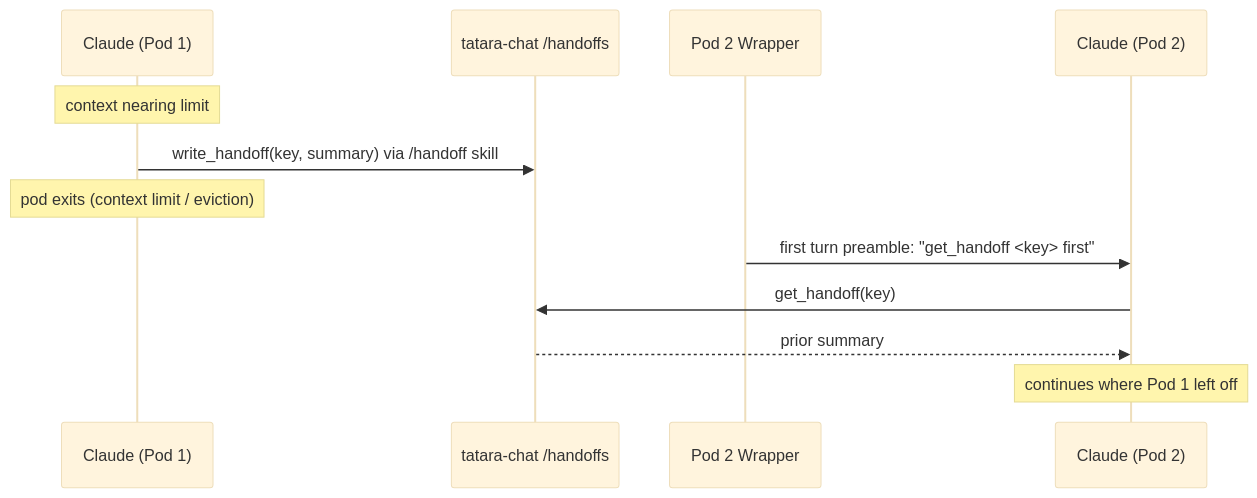
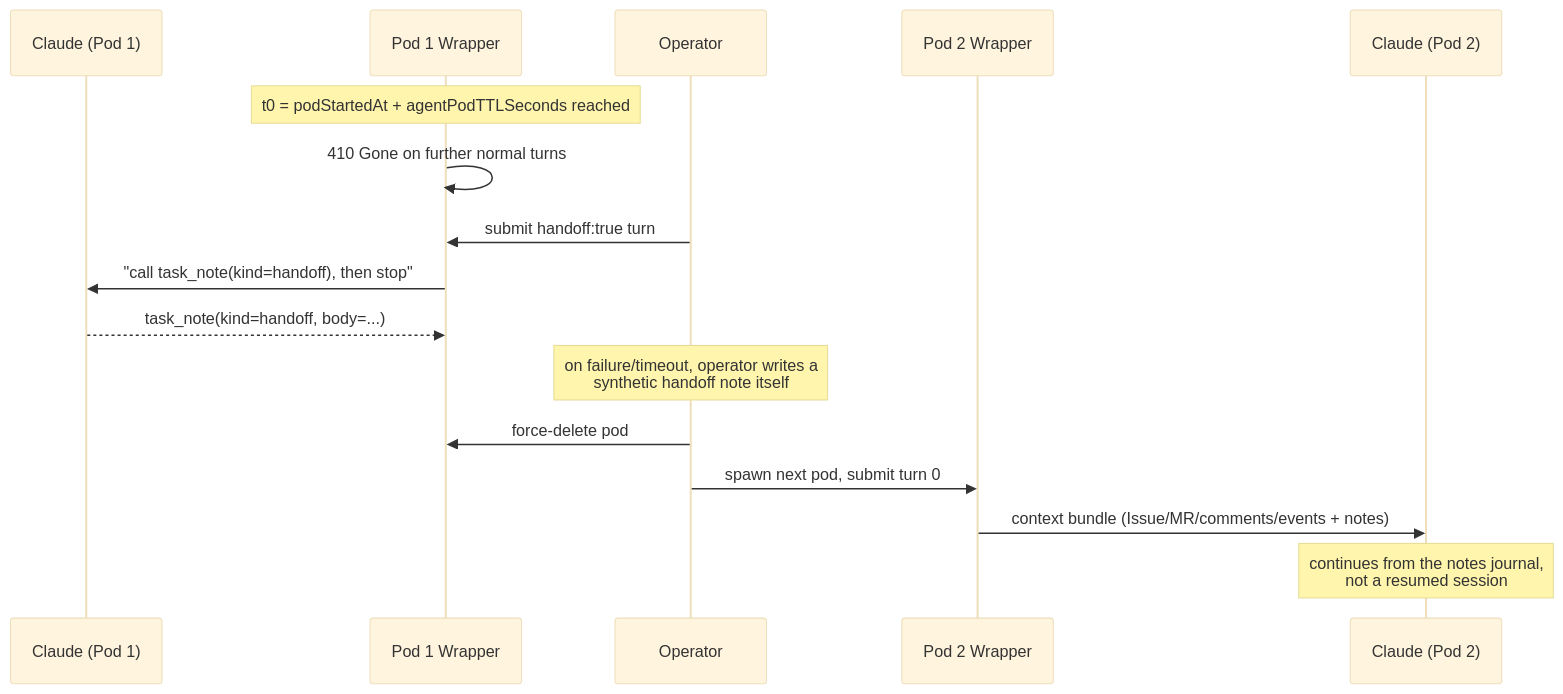
Before and after one commit to szymonrychu/tatara-documentation: the second of 3 diagrams in docs/explainers/agent-sessions.md, drawn with Mermaid (base theme). The commit also changed other lines of this file and 63 other files, not shown here.

First line of the commit message:
feat!: document the task-centric architecture (Issue/MergeRequest CRs, stage machine, operator merge) (#19)

````diff
--- a/docs/explainers/agent-sessions.md
+++ b/docs/explainers/agent-sessions.md
@@ -140,16 +169,19 @@
 ```mermaid
 sequenceDiagram
     participant CL1 as Claude (Pod 1)
-    participant CHAT as tatara-chat /handoffs
+    participant WR1 as Pod 1 Wrapper
+    participant OP as Operator
     participant WR2 as Pod 2 Wrapper
     participant CL2 as Claude (Pod 2)
 
-    Note over CL1: context nearing limit
-    CL1->>CHAT: write_handoff(key, summary) via /handoff skill
-    Note over CL1: pod exits (context limit / eviction)
-
-    WR2->>CL2: first turn preamble: "get_handoff <key> first"
-    CL2->>CHAT: get_handoff(key)
-    CHAT-->>CL2: prior summary
-    Note over CL2: continues where Pod 1 left off
+    Note over WR1: t0 = podStartedAt + agentPodTTLSeconds reached
+    WR1->>WR1: 410 Gone on further normal turns
+    OP->>WR1: submit handoff:true turn
+    WR1->>CL1: "call task_note(kind=handoff), then stop"
+    CL1-->>WR1: task_note(kind=handoff, body=...)
+    Note over OP: on failure/timeout, operator writes a<br/>synthetic handoff note itself
+    OP->>WR1: force-delete pod
+    OP->>WR2: spawn next pod, submit turn 0
+    WR2->>CL2: context bundle (Issue/MR/comments/events + notes)
+    Note over CL2: continues from the notes journal,<br/>not a resumed session
 ```
````
